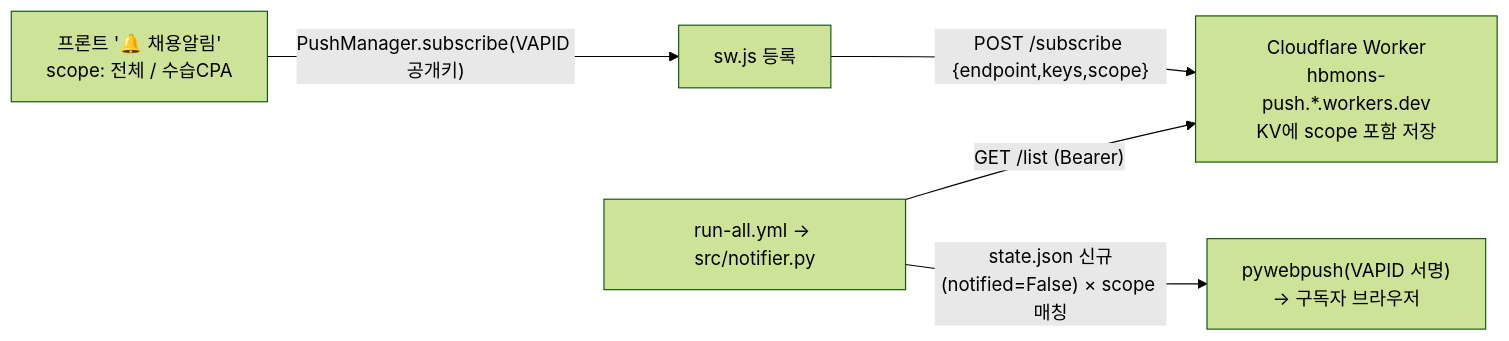
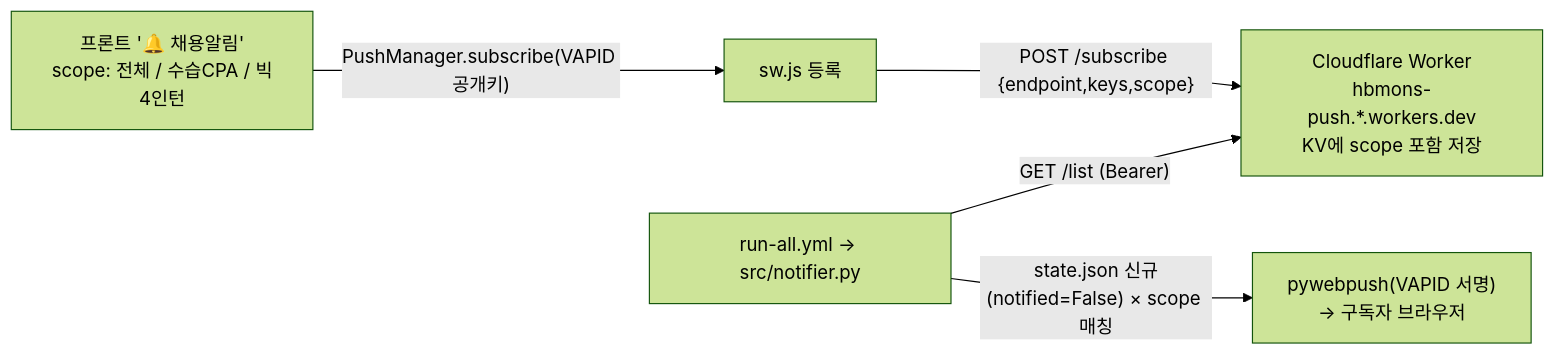
Before and after one commit to jaehyuk-choi-KICPA/KICPA_CAREER_HUB_SITE: the fifth of 5 diagrams in docs-meta/WORKFLOW.md, drawn with Mermaid (forest theme). The commit also changed other lines of this file and 8 other files, not shown here.

````diff
--- a/docs-meta/WORKFLOW.md
+++ b/docs-meta/WORKFLOW.md
@@ -205,7 +205,7 @@
 ```mermaid
 flowchart LR
-    BTN["프론트 '🔔 채용알림'<br/>scope: 전체 / 수습CPA"] -->|"PushManager.subscribe(VAPID 공개키)"| SW["sw.js 등록"]
+    BTN["프론트 '🔔 채용알림'<br/>scope: 전체 / 수습CPA / 빅4인턴"] -->|"PushManager.subscribe(VAPID 공개키)"| SW["sw.js 등록"]
     SW -->|"POST /subscribe {endpoint,keys,scope}"| WK["Cloudflare Worker<br/>hbmons-push.*.workers.dev<br/>KV에 scope 포함 저장"]
     RUN["run-all.yml → src/notifier.py"] -->|"GET /list (Bearer)"| WK
     RUN -->|"state.json 신규(notified=False) × scope 매칭"| PUSH["pywebpush(VAPID 서명)<br/>→ 구독자 브라우저"]
 ```
````
